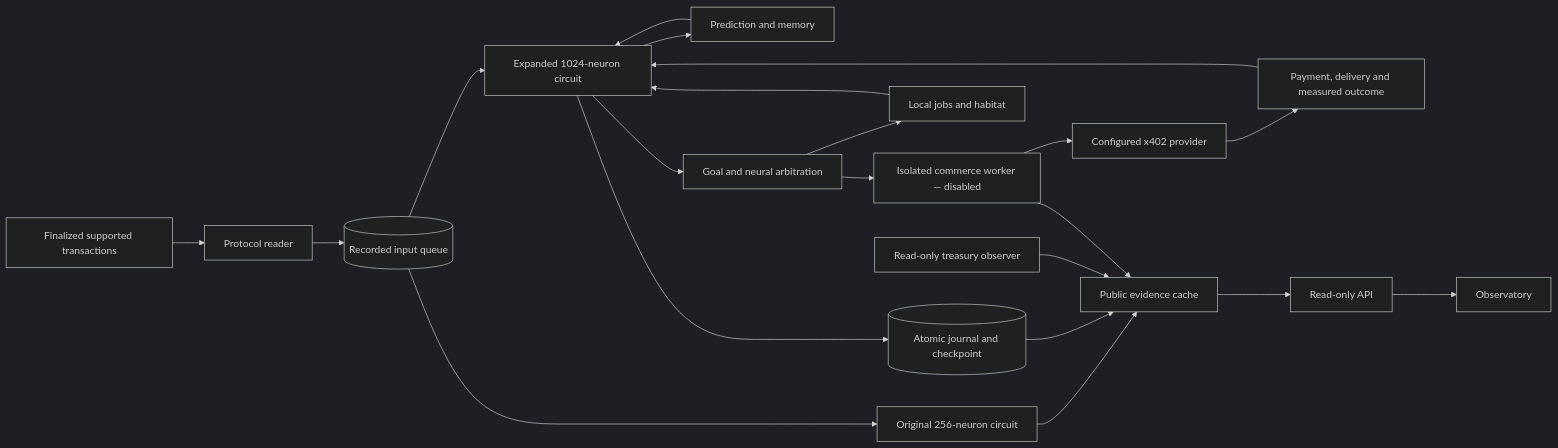
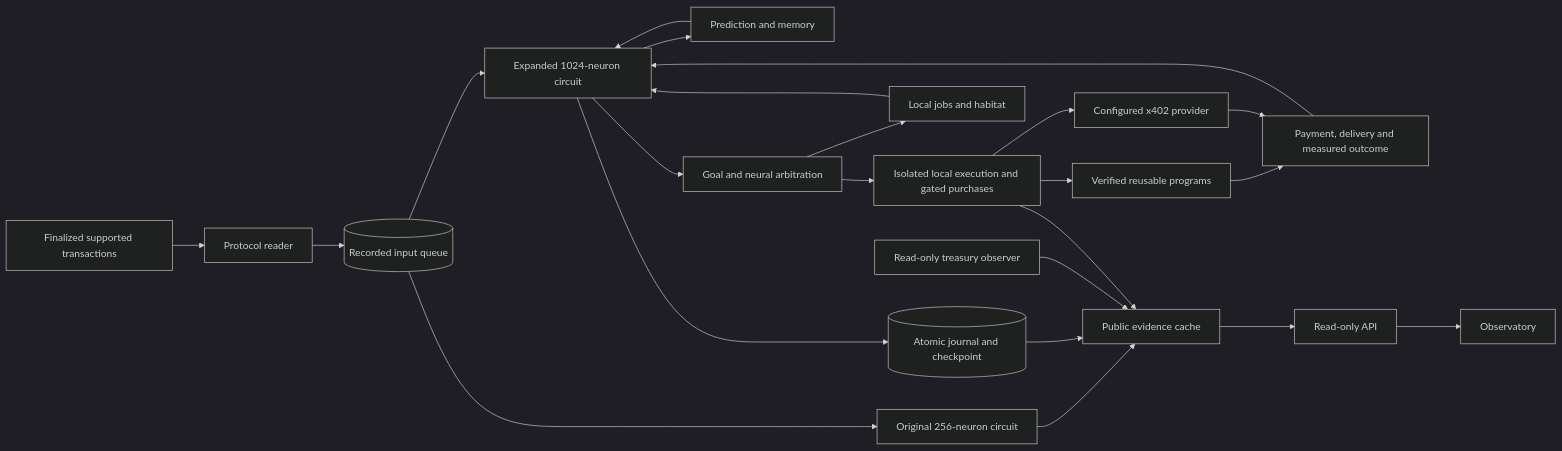
The diagram in README.md (trynuria/nuria), drawn with Mermaid (dark theme) before and after one commit. The commit also changed other lines of this file and 109 other files, not shown here.

Commit message:
Close verified skill acquisition, execution and neural outcome loop

````diff
--- a/README.md
+++ b/README.md
@@ -100,23 +115,25 @@
 ```mermaid
 flowchart LR
   Solana[Finalized supported transactions] --> Reader[Protocol reader]
   Reader --> Inputs[(Recorded input queue)]
   Inputs --> Original[Original 256-neuron circuit]
   Inputs --> Cognition[Expanded 1024-neuron circuit]
   Cognition --> Learning[Prediction and memory]
   Learning --> Cognition
   Cognition --> Actions[Goal and neural arbitration]
   Actions --> Jobs[Local jobs and habitat]
   Jobs --> Cognition
   Cognition --> Journal[(Atomic journal and checkpoint)]
   Original --> Cache[Public evidence cache]
   Journal --> Cache
   Observer[Read-only treasury observer] --> Cache
-  Actions --> Commerce[Isolated commerce worker — disabled]
+  Actions --> Commerce[Isolated local execution and gated purchases]
+  Commerce --> Skills[Verified reusable programs]
+  Skills --> Results
   Commerce --> Provider[Configured x402 provider]
   Provider --> Results[Payment, delivery and measured outcome]
   Results --> Cognition
   Commerce --> Cache
   Cache --> API[Read-only API]
   API --> UI[Observatory]
 ```
````
